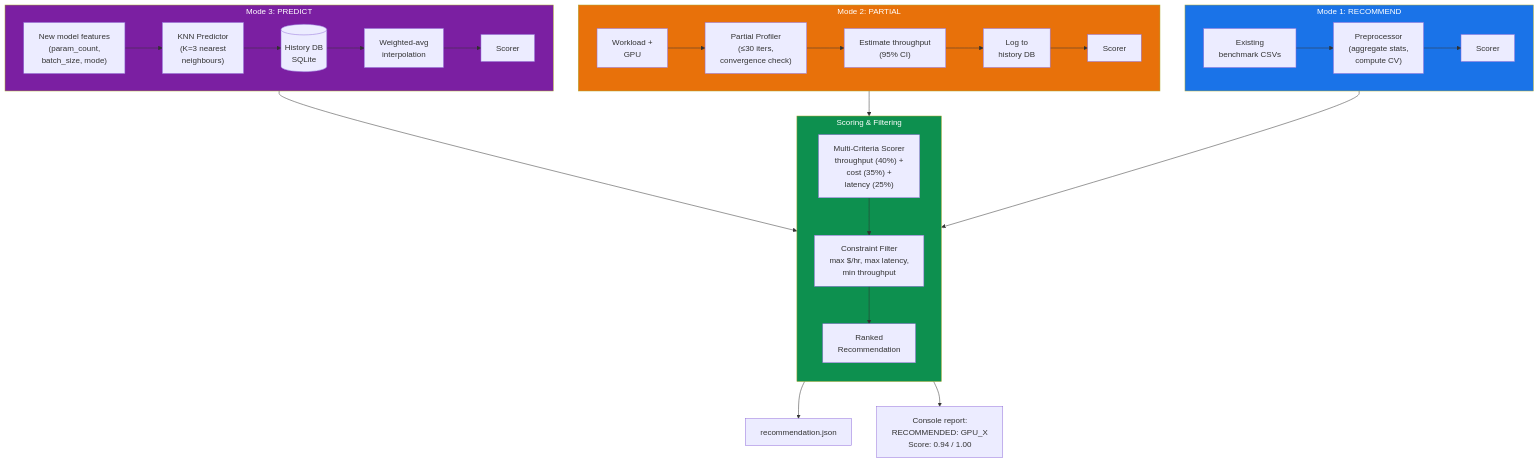
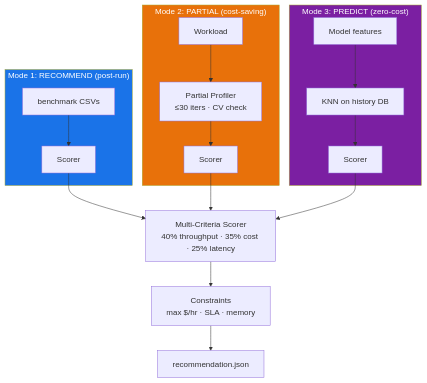
The third of 5 diagrams in PROJECT_PROGRESS.md (rahul370139/gpu_cloud_benchmark), drawn with Mermaid before and after one commit. The commit also changed other lines of this file and 10 other files, not shown here.

````diff
--- a/PROJECT_PROGRESS.md
+++ b/PROJECT_PROGRESS.md
@@ -116,43 +136,22 @@
 ```mermaid
 flowchart TB
-    subgraph MODE1["Mode 1: RECOMMEND"]
-        direction LR
-        R1_IN["Existing<br/>benchmark CSVs"] --> R1_PRE["Preprocessor<br/>(aggregate stats,<br/>compute CV)"]
-        R1_PRE --> R1_SCORE["Scorer"]
+    subgraph M1["Mode 1: RECOMMEND (post-run)"]
+        R1["benchmark CSVs"] --> R1S["Scorer"]
+    end
+    subgraph M2["Mode 2: PARTIAL (cost-saving)"]
+        R2["Workload"] --> R2P["Partial Profiler<br/>≤30 iters · CV check"] --> R2S["Scorer"]
+    end
+    subgraph M3["Mode 3: PREDICT (zero-cost)"]
+        R3["Model features"] --> R3K["KNN on history DB"] --> R3S["Scorer"]
     end
 
-    subgraph MODE2["Mode 2: PARTIAL"]
-        direction LR
-        R2_IN["Workload +<br/>GPU"] --> R2_PROF["Partial Profiler<br/>(≤30 iters,<br/>convergence check)"]
-        R2_PROF --> R2_EST["Estimate throughput<br/>(95% CI)"]
-        R2_EST --> R2_LOG["Log to<br/>history DB"]
-        R2_LOG --> R2_SCORE["Scorer"]
-    end
+    R1S --> SC["Multi-Criteria Scorer<br/>40% throughput · 35% cost · 25% latency"]
+    R2S --> SC
+    R3S --> SC
+    SC --> CF["Constraints<br/>max $/hr · SLA · memory"]
+    CF --> OUT["recommendation.json"]
 
-    subgraph MODE3["Mode 3: PREDICT"]
-        direction LR
-        R3_IN["New model features<br/>(param_count,<br/>batch_size, mode)"] --> R3_KNN["KNN Predictor<br/>(K=3 nearest<br/>neighbours)"]
-        R3_KNN --> R3_HIST[("History DB<br/>SQLite")]
-        R3_HIST --> R3_INTERP["Weighted-avg<br/>interpolation"]
-        R3_INTERP --> R3_SCORE["Scorer"]
-    end
-
-    R1_SCORE --> SCORER
-    R2_SCORE --> SCORER
-    R3_SCORE --> SCORER
-
-    subgraph DECISION["Scoring & Filtering"]
-        direction TB
-        SCORER["Multi-Criteria Scorer<br/>throughput (40%) +<br/>cost (35%) +<br/>latency (25%)"]
-        SCORER --> CONSTR["Constraint Filter<br/>max $/hr, max latency,<br/>min throughput"]
-        CONSTR --> RANK["Ranked<br/>Recommendation"]
-    end
-
-    RANK --> OUT_JSON["recommendation.json"]
-    RANK --> OUT_CLI["Console report:<br/>RECOMMENDED: GPU_X<br/>Score: 0.94 / 1.00"]
-
-    style MODE1 fill:#1a73e8,color:#fff
-    style MODE2 fill:#e8710a,color:#fff
-    style MODE3 fill:#7b1fa2,color:#fff
-    style DECISION fill:#0d904f,color:#fff
+    style M1 fill:#1a73e8,color:#fff
+    style M2 fill:#e8710a,color:#fff
+    style M3 fill:#7b1fa2,color:#fff
 ```
````
